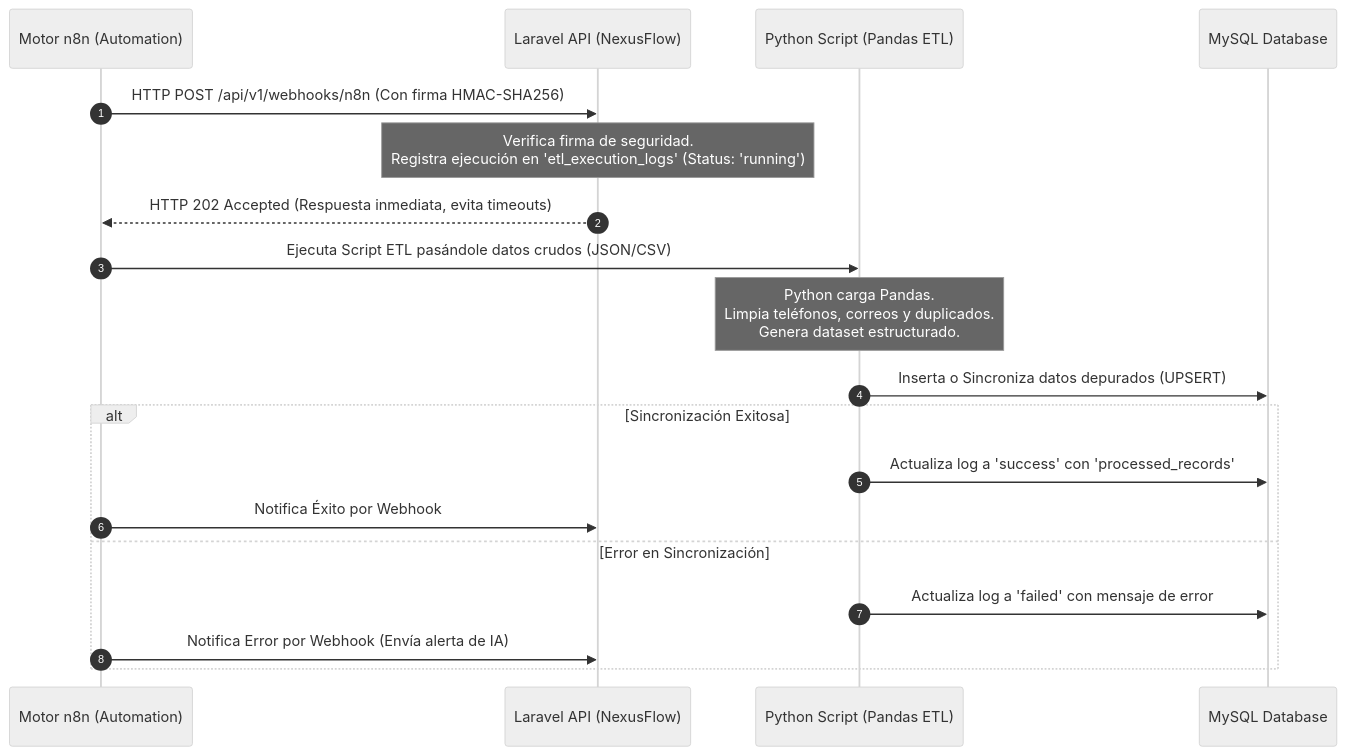
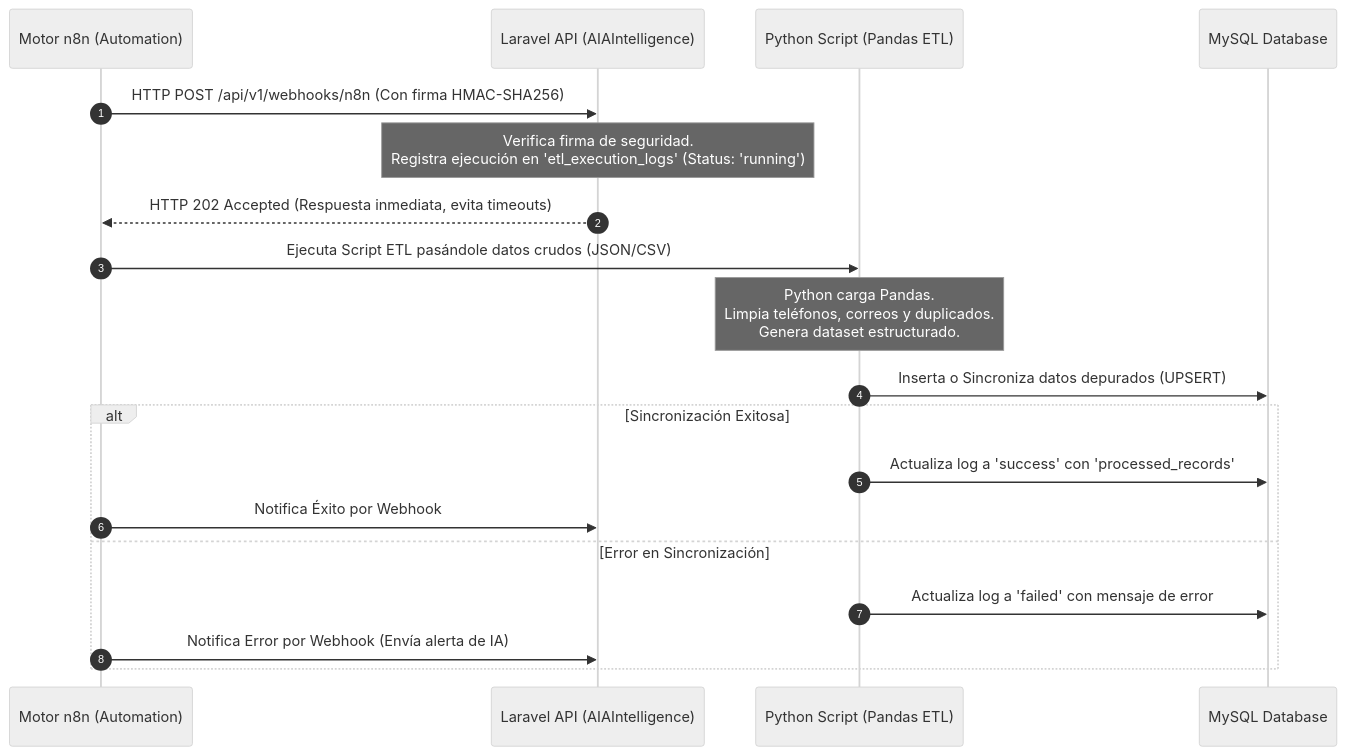
The diagram in n8n_integration.md (RafaG86/AIAintelligence), drawn with Mermaid (neutral theme) before and after one commit. The commit also changed other lines of this file and 33 other files, not shown here.

````diff
--- a/n8n_integration.md
+++ b/n8n_integration.md
@@ -12,24 +12,24 @@
 ```mermaid
 sequenceDiagram
     autonumber
     participant n8n as Motor n8n (Automation)
-    participant Laravel as Laravel API (NexusFlow)
+    participant Laravel as Laravel API (AIAIntelligence)
     participant Python as Python Script (Pandas ETL)
     participant DB as MySQL Database
 
     n8n->>Laravel: HTTP POST /api/v1/webhooks/n8n (Con firma HMAC-SHA256)
     Note over Laravel: Verifica firma de seguridad.<br/>Registra ejecución en 'etl_execution_logs' (Status: 'running')
     Laravel-->>n8n: HTTP 202 Accepted (Respuesta inmediata, evita timeouts)
 
     n8n->>Python: Ejecuta Script ETL pasándole datos crudos (JSON/CSV)
     Note over Python: Python carga Pandas.<br/>Limpia teléfonos, correos y duplicados.<br/>Genera dataset estructurado.
     Python->>DB: Inserta o Sincroniza datos depurados (UPSERT)
     
     alt Sincronización Exitosa
         Python->>DB: Actualiza log a 'success' con 'processed_records'
         n8n->>Laravel: Notifica Éxito por Webhook
     else Error en Sincronización
         Python->>DB: Actualiza log a 'failed' con mensaje de error
         n8n->>Laravel: Notifica Error por Webhook (Envía alerta de IA)
     end
 ```
````
